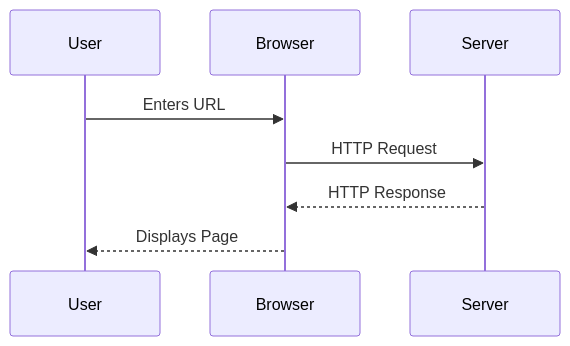
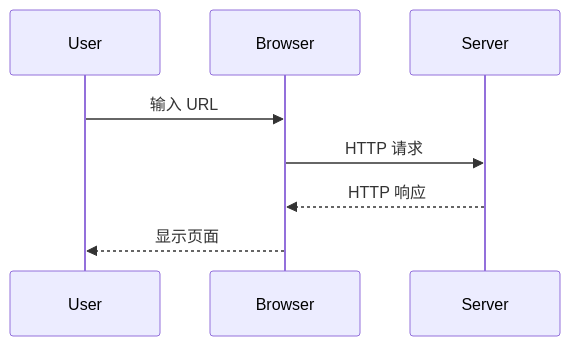
One commit to docmd-io/docs changed the first of 4 diagrams in docs/zh/plugins/mermaid.md. Above: the diagram before and after it, drawn with Mermaid. The commit also changed other lines of this file and 23 other files, not shown here.

````diff
--- a/docs/zh/plugins/mermaid.md
+++ b/docs/zh/plugins/mermaid.md
@@ -41,11 +41,11 @@
 ```mermaid
 sequenceDiagram
     participant User
     participant Browser
     participant Server
     
-    User->>Browser: Enters URL
-    Browser->>Server: HTTP Request
-    Server-->>Browser: HTTP Response
-    Browser-->>User: Displays Page
+    User->>Browser: 输入 URL
+    Browser->>Server: HTTP 请求
+    Server-->>Browser: HTTP 响应
+    Browser-->>User: 显示页面
 ```
````
